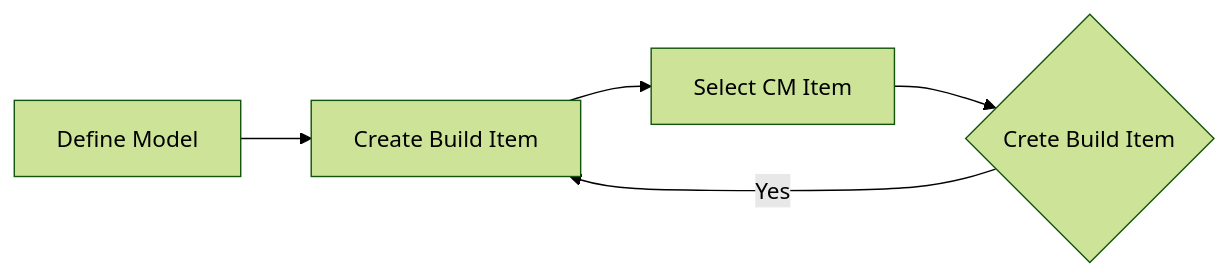
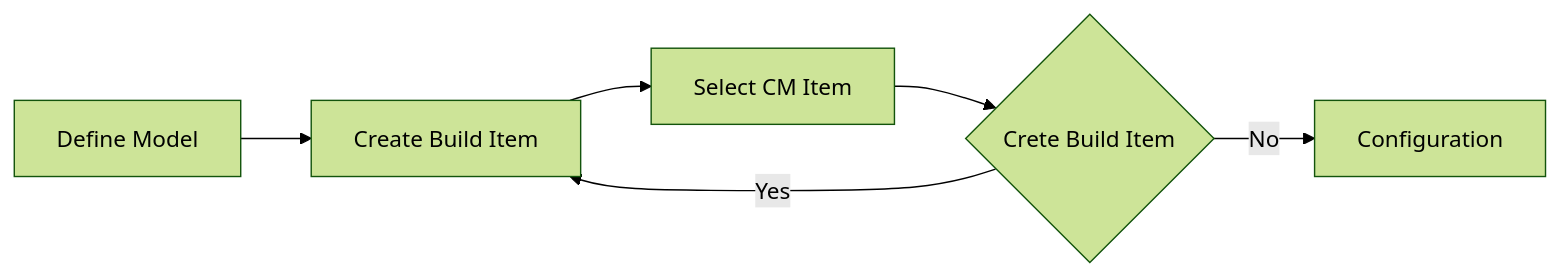
One commit to codersyacht/maximo-knowledge-center changed the diagram in maximo/docs/asset-configuration-manager/models(cm).md. Above: the diagram before and after it, drawn with Mermaid (forest theme).

Commit message:
models(cm).md

````diff
--- a/maximo/docs/asset-configuration-manager/models(cm).md
+++ b/maximo/docs/asset-configuration-manager/models(cm).md
@@ -16,7 +16,8 @@
 ```mermaid
 graph LR
 A[Define Model] --> B[Create Build Item]
 B --> C[Select CM Item]
 C --> D{Crete Build Item}
 D -->|Yes|B
+D -->|No| E[Configuration]
 ```
````
